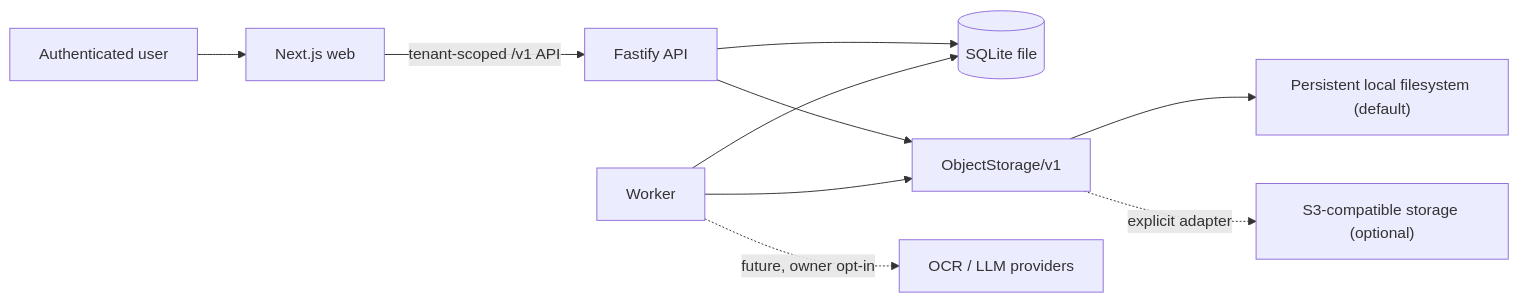
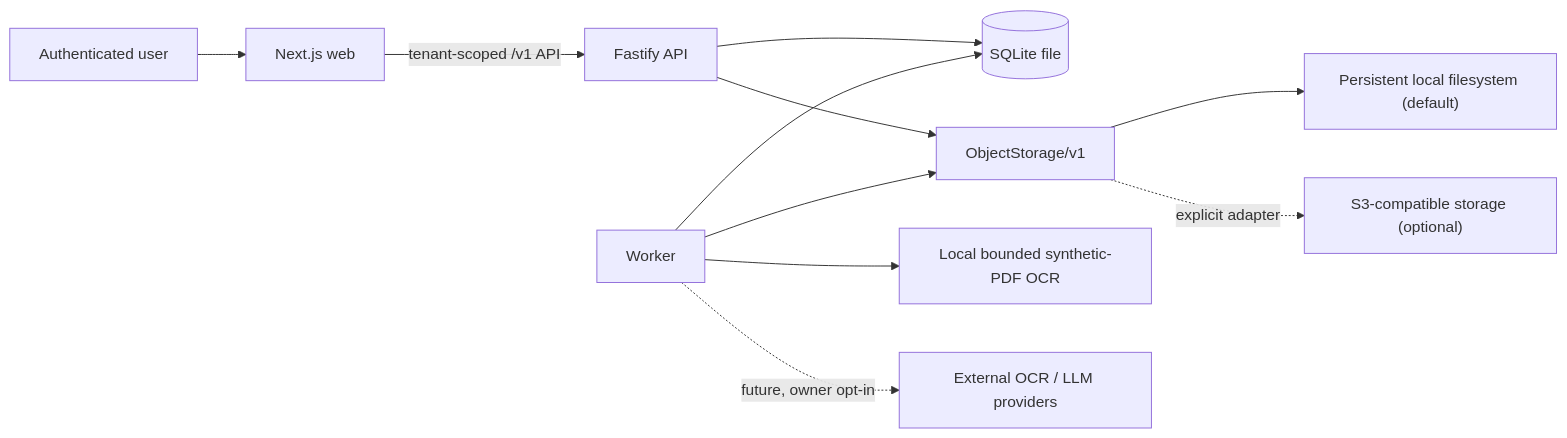
The first of 2 diagrams in docs/architecture.md (Braidner/veylta), drawn with Mermaid before and after one commit. The commit also changed other lines of this file and 38 other files, not shown here.

Commit message:
feat: add local synthetic OCR fallback

````diff
--- a/docs/architecture.md
+++ b/docs/architecture.md
@@ -27,12 +29,13 @@
 ```mermaid
 flowchart LR
   U["Authenticated user"] --> W["Next.js web"]
   W -->|"tenant-scoped /v1 API"| A["Fastify API"]
   A --> P[("SQLite file")]
   A --> O["ObjectStorage/v1"]
   J["Worker"] --> P
   J --> O
   O --> L["Persistent local filesystem (default)"]
   O -. "explicit adapter" .-> S["S3-compatible storage (optional)"]
-  J -. "future, owner opt-in" .-> X["OCR / LLM providers"]
+  J --> Q["Local bounded synthetic-PDF OCR"]
+  J -. "future, owner opt-in" .-> X["External OCR / LLM providers"]
 ```
````
